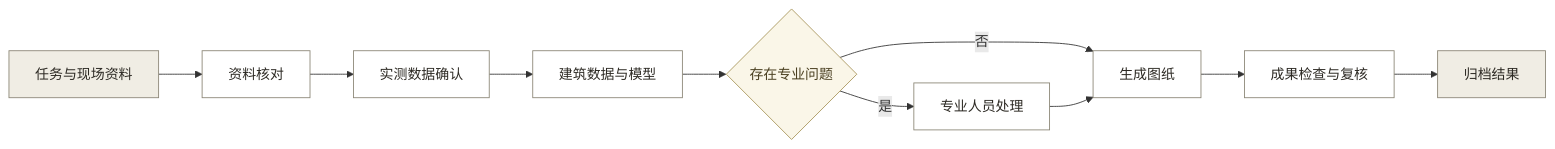
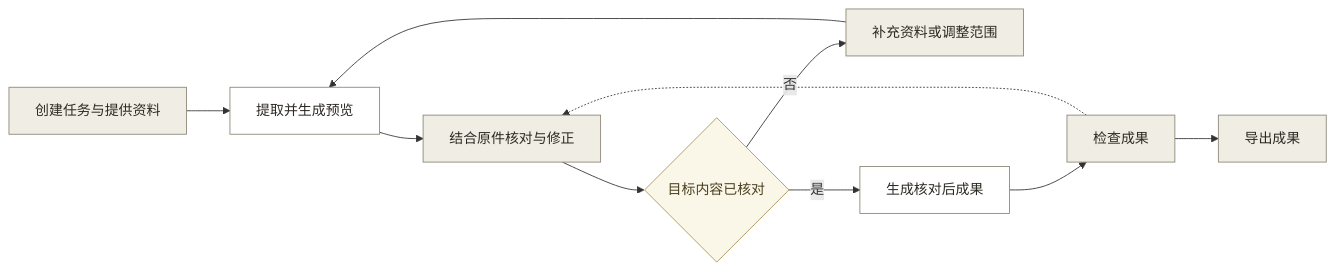
One commit to jiajiajiang91-design/heritage-survey-workbench changed the first of 2 diagrams in 文档/01_产品/01_核心PRD.md. Above: the diagram before and after it, drawn with Mermaid. The commit also changed other lines of this file and 693 other files, not shown here.

````diff
--- a/文档/01_产品/01_核心PRD.md
+++ b/文档/01_产品/01_核心PRD.md
@@ -36,19 +42,18 @@
 ```mermaid
 flowchart LR
-    A["任务与现场资料"] --> B["资料核对"]
-    B --> C["实测数据确认"]
-    C --> D["建筑数据与模型"]
-    D --> E{"存在专业问题"}
-    E -->|是| F["专业人员处理"]
-    E -->|否| G["生成图纸"]
-    F --> G
-    G --> H["成果检查与复核"]
-    H --> I["归档结果"]
-
-    classDef input fill:#F0EDE4,stroke:#8B8676,color:#2D2A24
-    classDef process fill:#FFFFFF,stroke:#8B8676,color:#2D2A24
-    classDef decision fill:#FAF6E8,stroke:#A8955A,color:#4A3F20
-    class A,I input
-    class B,C,D,F,G,H process
-    class E decision
+    A["创建任务与提供资料"] --> B["提取并生成预览"]
+    B --> C["结合原件核对与修正"]
+    C --> D{"目标内容已核对"}
+    D -->|否| E["补充资料或调整范围"]
+    E --> B
+    D -->|是| F["生成核对后成果"]
+    F --> G["检查成果"]
+    G --> H["导出成果"]
+    G -.-> C
+    classDef user fill:#F0EDE4,stroke:#8B8676,color:#2D2A24
+    classDef system fill:#FFFFFF,stroke:#8B8676,color:#2D2A24
+    classDef gate fill:#FAF6E8,stroke:#A8955A,color:#4A3F20
+    class A,C,E,G,H user
+    class B,F system
+    class D gate
 ```
````
